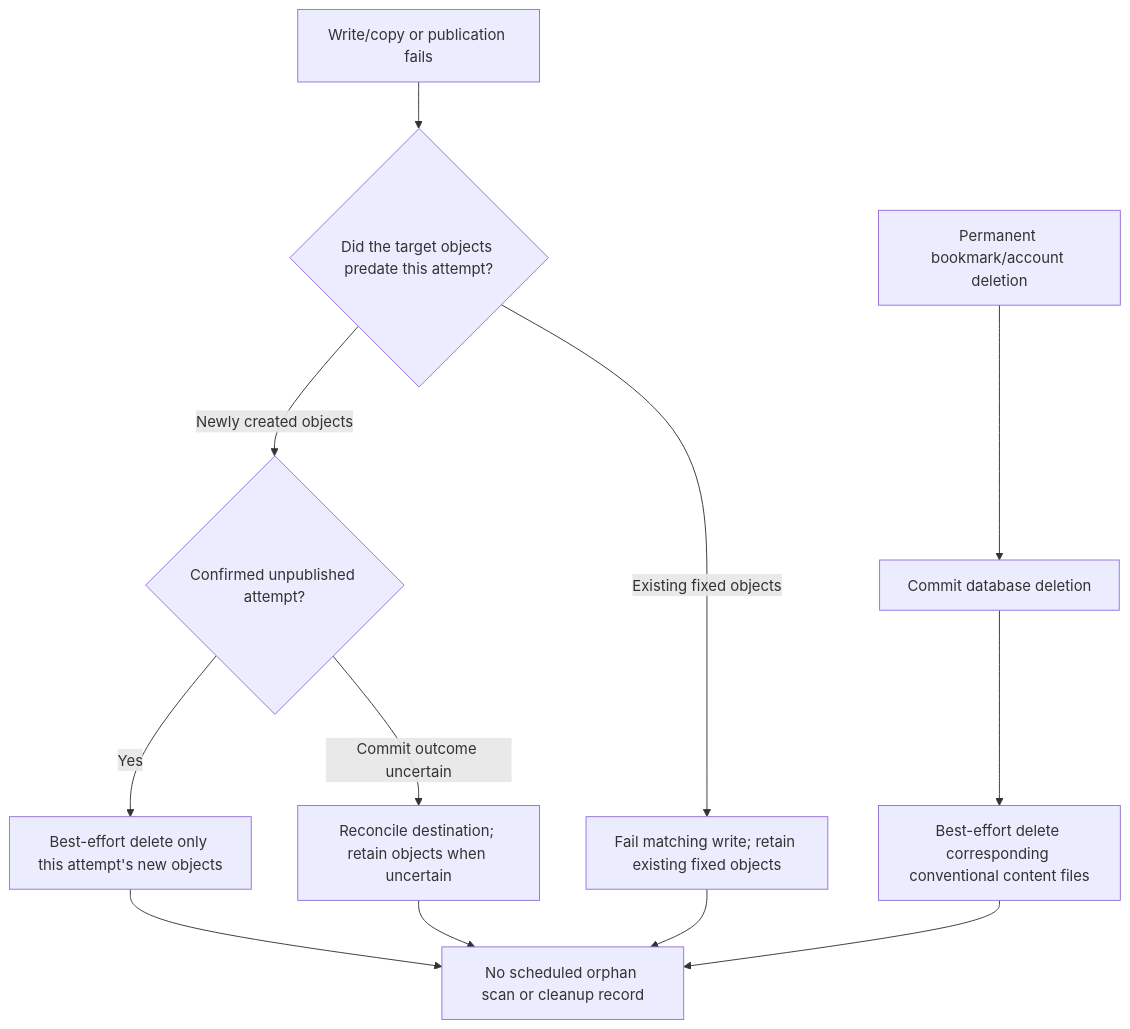
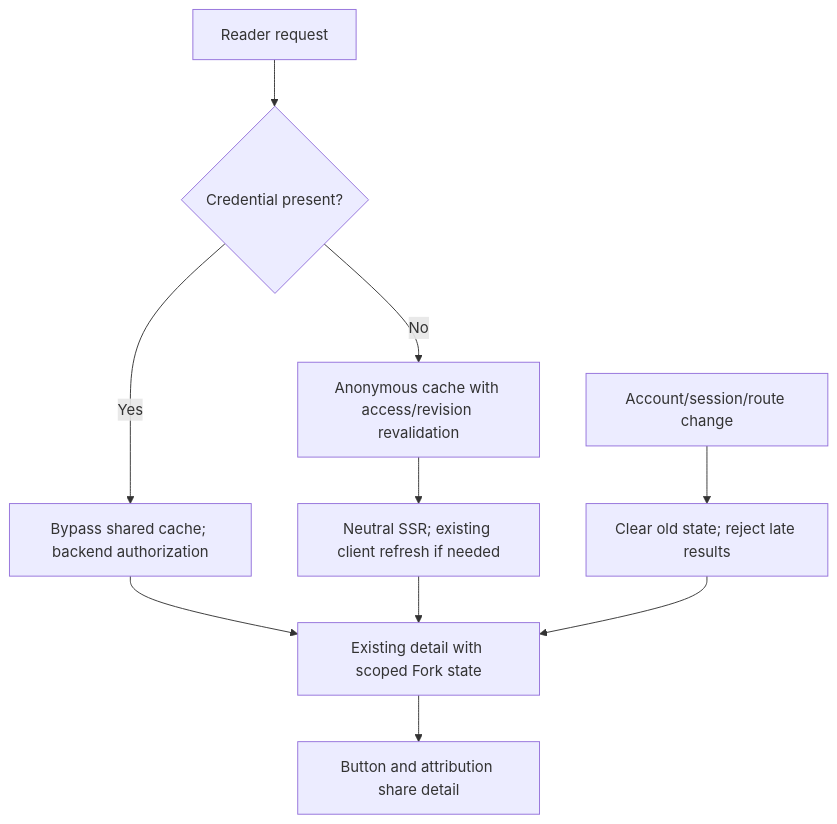
The fourth of 4 diagrams in docs/api/bookmark-fork-fixed-paths.md (slax-lab/slax-reader), drawn with Mermaid before and after one commit. The commit also changed other lines of this file and 59 other files, not shown here.

Commit message:
refactor: simplify bookmark fork entrypoints and maintenance

````diff
--- a/docs/api/bookmark-fork-fixed-paths.md
+++ b/docs/api/bookmark-fork-fixed-paths.md
@@ -265,14 +117,12 @@
 ```mermaid
 flowchart TD
-    A[Write/copy or publication fails] --> B{Did the target objects predate this attempt?}
-    B -- Existing fixed objects --> C[Fail matching write; retain existing fixed objects]
-    B -- Newly created objects --> D{Confirmed unpublished attempt?}
-    D -- Yes --> E[Best-effort delete only this attempt's new objects]
-    D -- Commit outcome uncertain --> F[Reconcile destination; retain objects when uncertain]
-    G[Permanent bookmark/account deletion] --> H[Commit database deletion]
-    H --> I[Best-effort delete corresponding conventional content files]
-    E --> J[No scheduled orphan scan or cleanup record]
-    F --> J
-    C --> J
-    I --> J
+    A[Reader request] --> B{Credential present?}
+    B -- Yes --> C[Bypass shared cache; backend authorization]
+    B -- No --> D[Anonymous cache with access/revision revalidation]
+    C --> E[Existing detail with scoped Fork state]
+    D --> F[Neutral SSR; existing client refresh if needed]
+    F --> E
+    E --> G[Button and attribution share detail]
+    H[Account/session/route change] --> I[Clear old state; reject late results]
+    I --> E
 ```
````
